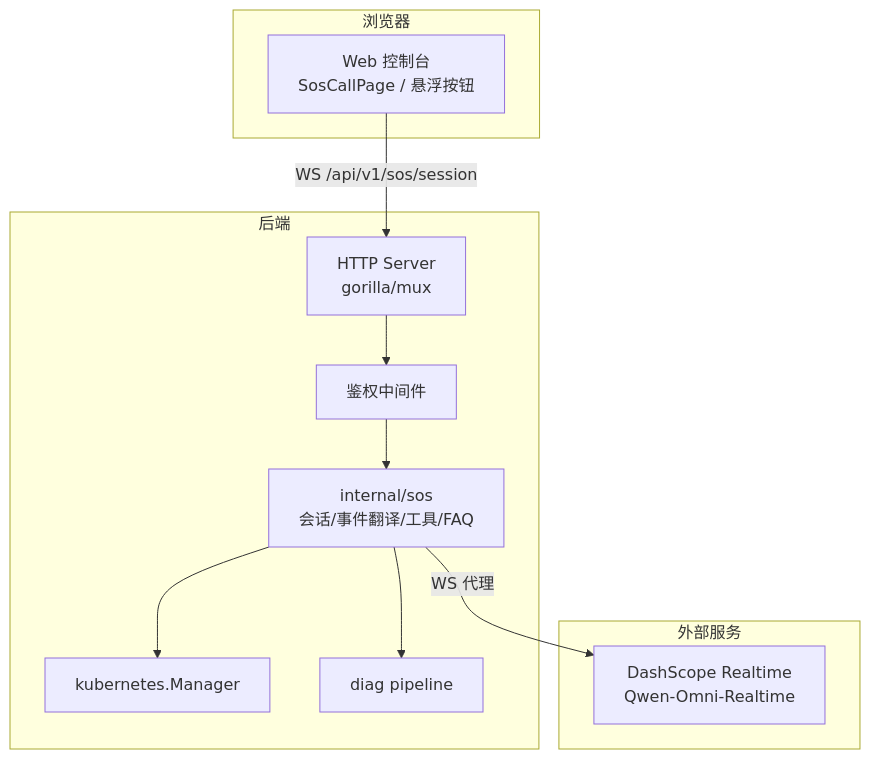
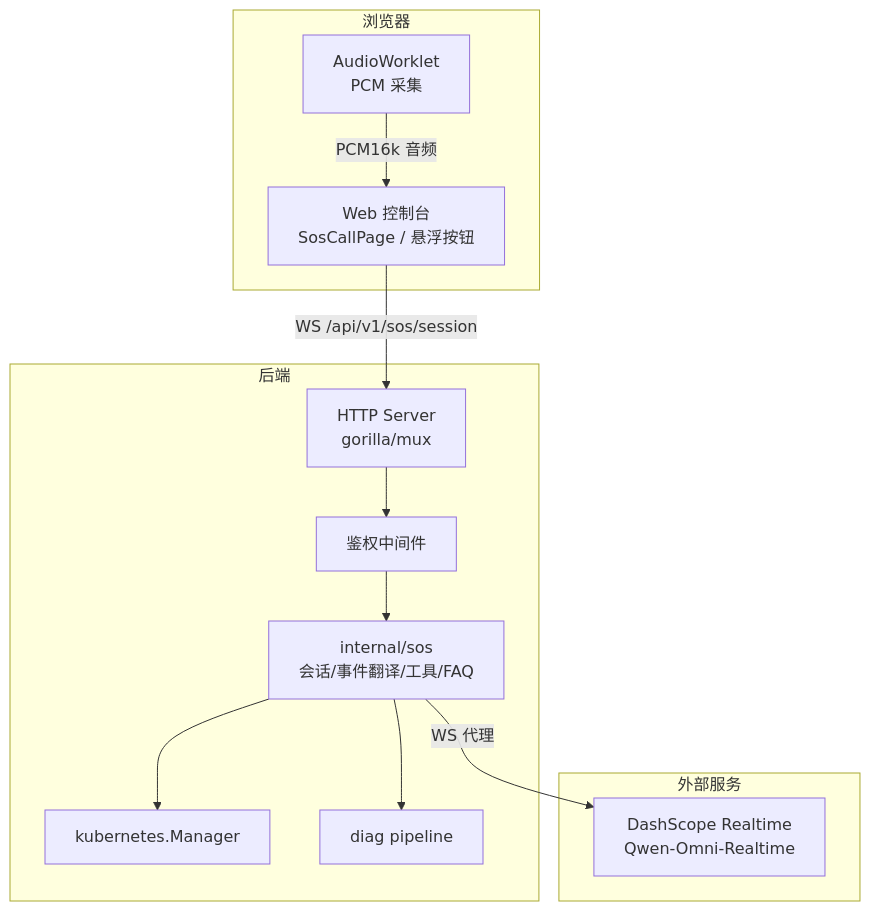
The first of 8 diagrams in .qoder/repowiki/zh/content/Web前端应用/SOS紧急语音对话模式设计.md (kudig-io/klaw), drawn with Mermaid before and after one commit. The commit also changed other lines of this file and 257 other files, not shown here.

````diff
--- a/.qoder/repowiki/zh/content/Web前端应用/SOS紧急语音对话模式设计.md
+++ b/.qoder/repowiki/zh/content/Web前端应用/SOS紧急语音对话模式设计.md
@@ -43,22 +52,24 @@
 ```mermaid
 graph TB
 subgraph "浏览器"
 UI["Web 控制台<br/>SosCallPage / 悬浮按钮"]
+AW["AudioWorklet<br/>PCM 采集"]
 end
 subgraph "后端"
 API["HTTP Server<br/>gorilla/mux"]
 Auth["鉴权中间件"]
 SOS["internal/sos<br/>会话/事件翻译/工具/FAQ"]
 K8s["kubernetes.Manager"]
 Diag["diag pipeline"]
 end
 subgraph "外部服务"
 DS["DashScope Realtime<br/>Qwen-Omni-Realtime"]
 end
 UI --> |WS /api/v1/sos/session| API
 API --> Auth
 Auth --> SOS
+AW --> |PCM16k 音频| UI
 SOS --> |WS 代理| DS
 SOS --> K8s
 SOS --> Diag
 ```
````
